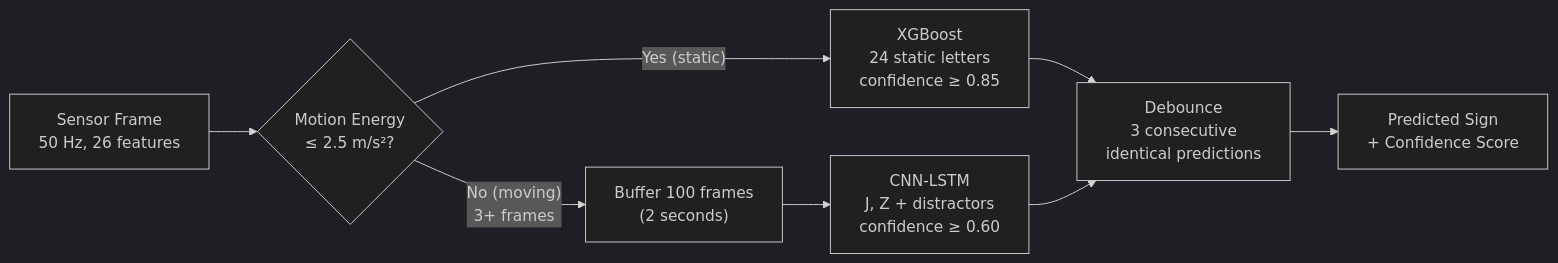
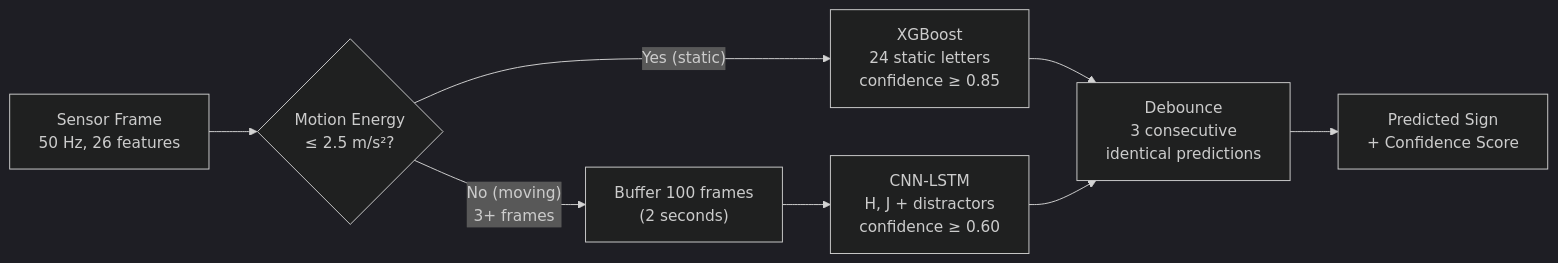
The second of 5 diagrams in docs/guide-train-from-scratch.md (Ravinx001/British-Sign-Language-to-TTS-Gloves), drawn with Mermaid (dark theme) before and after one commit. The commit also changed other lines of this file and 9 other files, not shown here.

````diff
--- a/docs/guide-train-from-scratch.md
+++ b/docs/guide-train-from-scratch.md
@@ -90,10 +90,10 @@
 ```mermaid
 flowchart LR
     Input["Sensor Frame<br/>50 Hz, 26 features"] --> ME{"Motion Energy<br/>≤ 2.5 m/s²?"}
     ME -- "Yes (static)" --> XGB["XGBoost<br/>24 static letters<br/>confidence ≥ 0.85"]
     ME -- "No (moving)<br/>3+ frames" --> Buffer["Buffer 100 frames<br/>(2 seconds)"]
-    Buffer --> LSTM["CNN-LSTM<br/>J, Z + distractors<br/>confidence ≥ 0.60"]
+    Buffer --> LSTM["CNN-LSTM<br/>H, J + distractors<br/>confidence ≥ 0.60"]
     XGB --> Debounce["Debounce<br/>3 consecutive<br/>identical predictions"]
     LSTM --> Debounce
     Debounce --> Output["Predicted Sign<br/>+ Confidence Score"]
 ```
````
